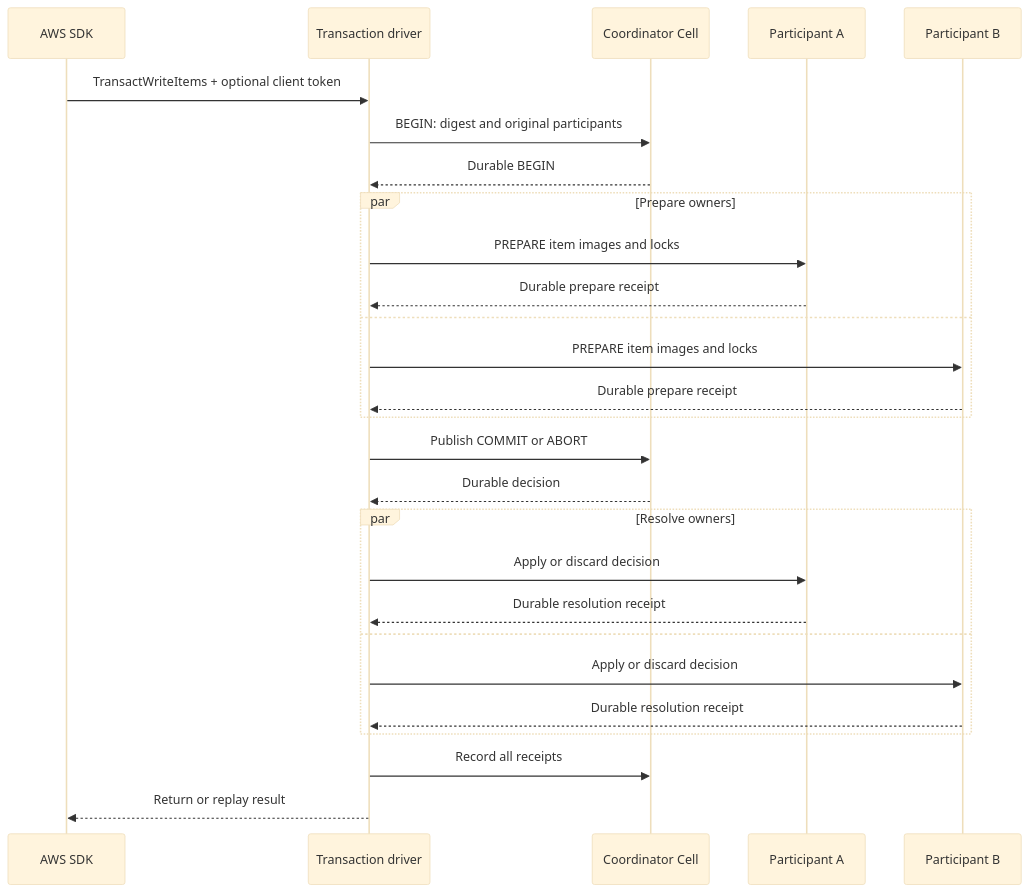
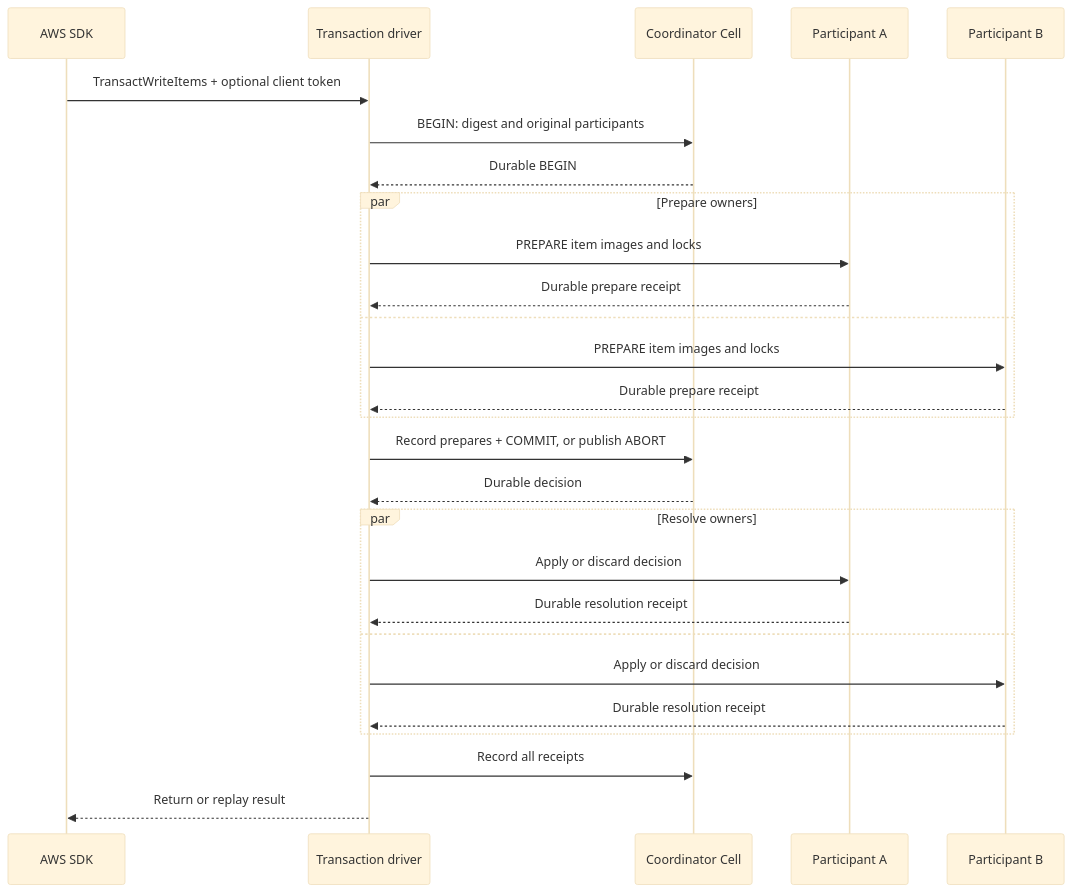
One commit to crabbuild/beyonddb changed the third of 6 diagrams in docs/architecture.md. Above: the diagram before and after it, drawn with Mermaid (base theme). The commit also changed other lines of this file and 97 other files, not shown here.

````diff
--- a/docs/architecture.md
+++ b/docs/architecture.md
@@ -81,29 +81,29 @@
 ```mermaid
 sequenceDiagram
     participant Client as AWS SDK
     participant Driver as Transaction driver
     participant Coord as Coordinator Cell
     participant A as Participant A
     participant B as Participant B
     Client->>Driver: TransactWriteItems + optional client token
     Driver->>Coord: BEGIN: digest and original participants
     Coord-->>Driver: Durable BEGIN
     par Prepare owners
       Driver->>A: PREPARE item images and locks
       A-->>Driver: Durable prepare receipt
     and
       Driver->>B: PREPARE item images and locks
       B-->>Driver: Durable prepare receipt
     end
-    Driver->>Coord: Publish COMMIT or ABORT
+    Driver->>Coord: Record prepares + COMMIT, or publish ABORT
     Coord-->>Driver: Durable decision
     par Resolve owners
       Driver->>A: Apply or discard decision
       A-->>Driver: Durable resolution receipt
     and
       Driver->>B: Apply or discard decision
       B-->>Driver: Durable resolution receipt
     end
     Driver->>Coord: Record all receipts
     Driver-->>Client: Return or replay result
 ```
````
